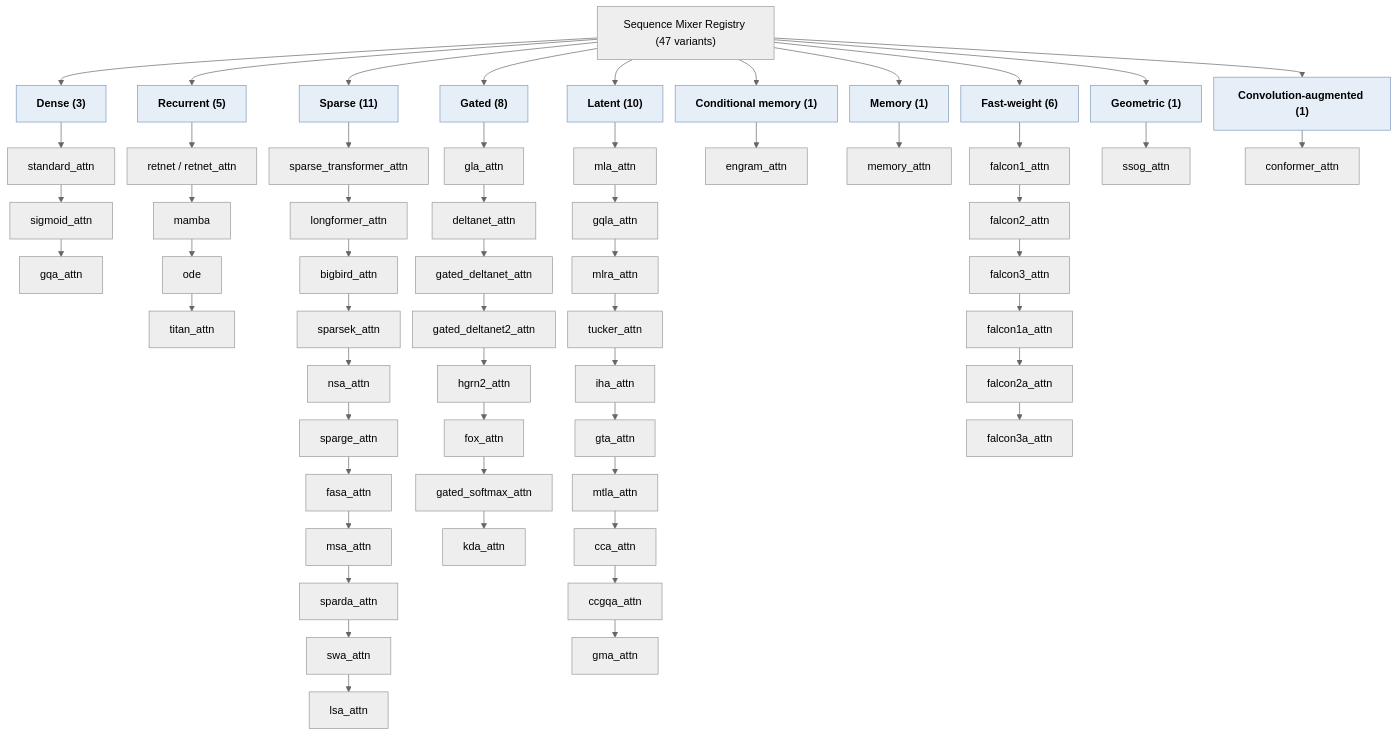
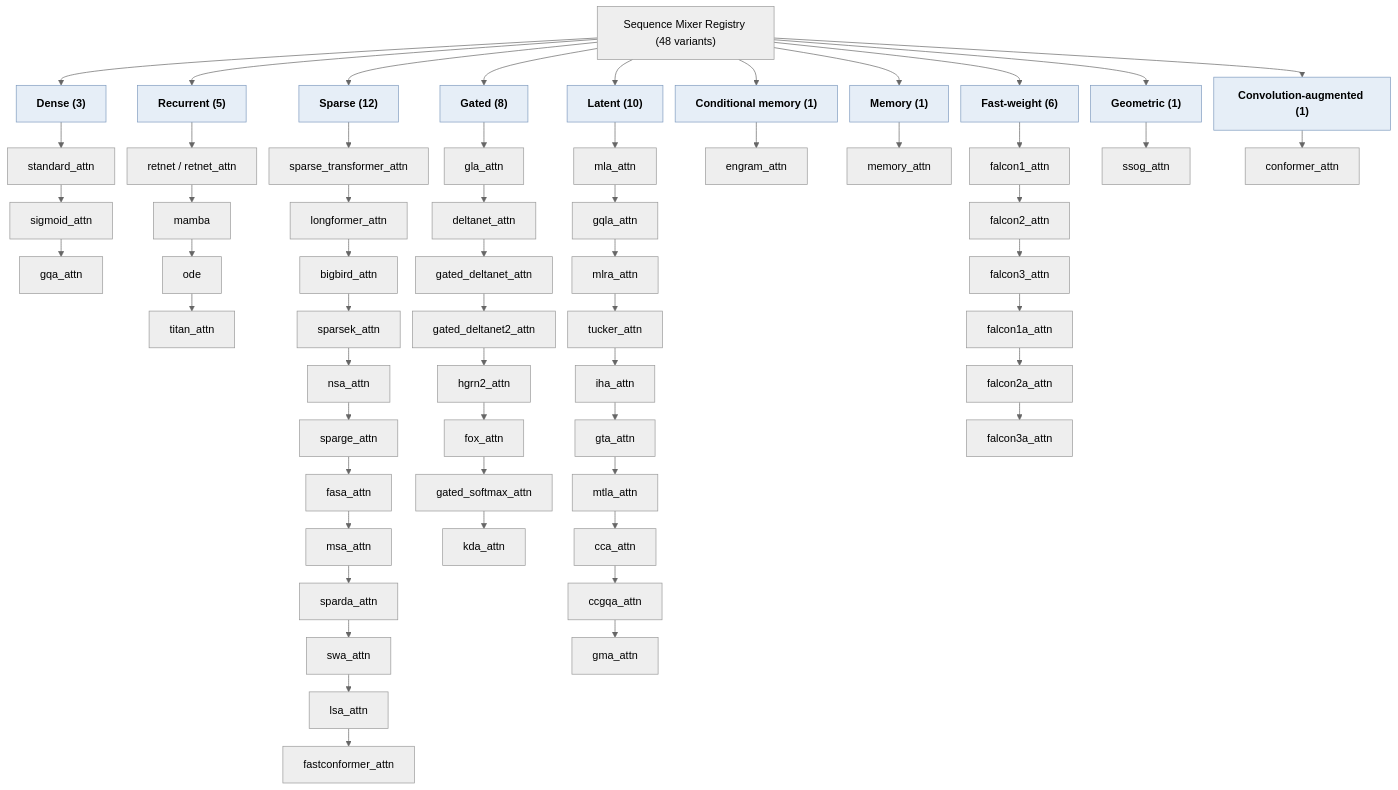
Before and after one commit to erickfmm/erickfmm.github.io: the diagram in frankenstein-transformer/paper/figures/mixer-taxonomy.mmd, drawn with Mermaid. The commit also changed 43 other files, not shown here.

```diff
--- a/frankenstein-transformer/paper/figures/mixer-taxonomy.mmd
+++ b/frankenstein-transformer/paper/figures/mixer-taxonomy.mmd
@@ -1,37 +1,37 @@
 %%{init: {"theme":"neutral","flowchart":{"curve":"basis","nodeSpacing":18,"rankSpacing":26}}}%%
 flowchart TD
-  root["Sequence Mixer Registry (47 variants)"]
+  root["Sequence Mixer Registry (48 variants)"]
 
   d["Dense (3)"] --> d1["standard_attn"] --> d2["sigmoid_attn"] --> d3["gqa_attn"]
 
   r["Recurrent (5)"] --> r1["retnet / retnet_attn"] --> r2["mamba"] --> r3["ode"] --> r4["titan_attn"]
 
-  s["Sparse (11)"] --> s1["sparse_transformer_attn"] --> s2["longformer_attn"] --> s3["bigbird_attn"] --> s4["sparsek_attn"] --> s5["nsa_attn"] --> s6["sparge_attn"] --> s7["fasa_attn"] --> s8["msa_attn"] --> s9["sparda_attn"] --> s10["swa_attn"] --> s11["lsa_attn"]
+  s["Sparse (12)"] --> s1["sparse_transformer_attn"] --> s2["longformer_attn"] --> s3["bigbird_attn"] --> s4["sparsek_attn"] --> s5["nsa_attn"] --> s6["sparge_attn"] --> s7["fasa_attn"] --> s8["msa_attn"] --> s9["sparda_attn"] --> s10["swa_attn"] --> s11["lsa_attn"] --> s12["fastconformer_attn"]
 
   g["Gated (8)"] --> g1["gla_attn"] --> g2["deltanet_attn"] --> g3["gated_deltanet_attn"] --> g4["gated_deltanet2_attn"] --> g5["hgrn2_attn"] --> g6["fox_attn"] --> g7["gated_softmax_attn"] --> g8["kda_attn"]
 
   l["Latent (10)"] --> l1["mla_attn"] --> l2["gqla_attn"] --> l3["mlra_attn"] --> l4["tucker_attn"] --> l5["iha_attn"] --> l6["gta_attn"] --> l7["mtla_attn"] --> l8["cca_attn"] --> l9["ccgqa_attn"] --> l10["gma_attn"]
 
   m["Conditional memory (1)"] --> m1["engram_attn"]
 
   mm["Memory (1)"] --> mm1["memory_attn"]
 
   f["Fast-weight (6)"] --> f1["falcon1_attn"] --> f2["falcon2_attn"] --> f3["falcon3_attn"] --> f4["falcon1a_attn"] --> f5["falcon2a_attn"] --> f6["falcon3a_attn"]
 
   x["Geometric (1)"] --> x1["ssog_attn"]
 
   c["Convolution-augmented (1)"] --> c1["conformer_attn"]
 
   root --> d
   root --> r
   root --> s
   root --> g
   root --> l
   root --> m
   root --> mm
   root --> f
   root --> x
   root --> c
 
   classDef category fill:#e6eef7,stroke:#7f9bbf,font-weight:bold
   class d,r,s,g,l,m,mm,f,x,c category
```
